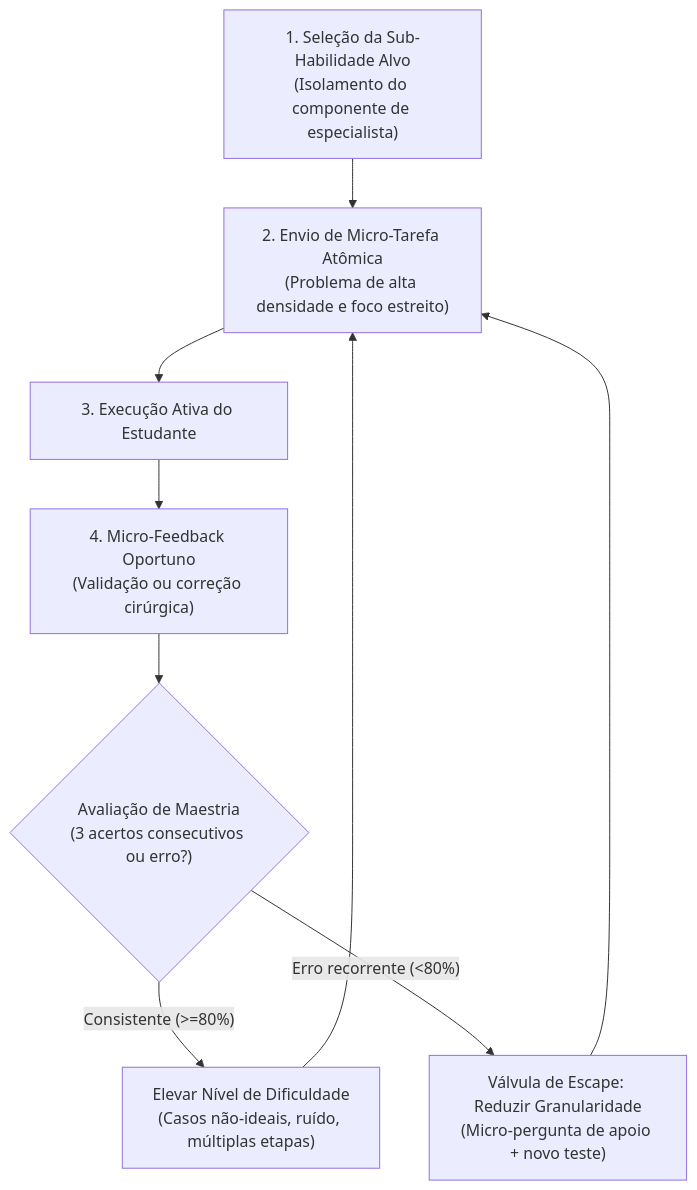
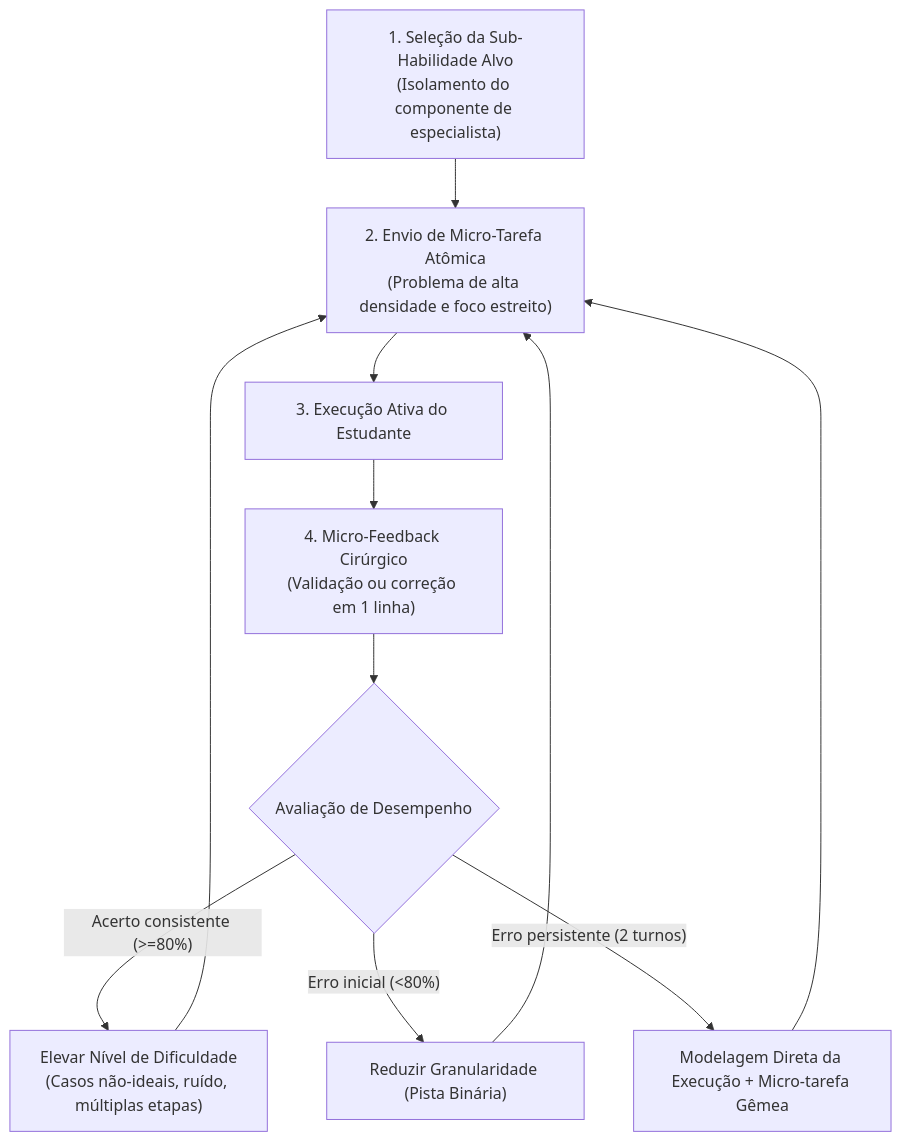
Before and after one commit to andrlupi/multi_ai-tutor: the diagram in skills/tutor-wieman/SKILL.md, drawn with Mermaid. The commit also changed other lines of this file and 18 other files, not shown here.

````diff
--- a/skills/tutor-wieman/SKILL.md
+++ b/skills/tutor-wieman/SKILL.md
@@ -35,11 +38,13 @@
 ```mermaid
 graph TD
     A["1. Seleção da Sub-Habilidade Alvo<br>(Isolamento do componente de especialista)"] --> B["2. Envio de Micro-Tarefa Atômica<br>(Problema de alta densidade e foco estreito)"]
     B --> C["3. Execução Ativa do Estudante"]
-    C --> D["4. Micro-Feedback Oportuno<br>(Validação ou correção cirúrgica)"]
-    D --> E{"Avaliação de Maestria<br>(3 acertos consecutivos ou erro?)"}
-    E -- "Consistente (>=80%)" --> F["Elevar Nível de Dificuldade<br>(Casos não-ideais, ruído, múltiplas etapas)"]
-    E -- "Erro recorrente (<80%)" --> G["Válvula de Escape: Reduzir Granularidade<br>(Micro-pergunta de apoio + novo teste)"]
+    C --> D["4. Micro-Feedback Cirúrgico<br>(Validação ou correção em 1 linha)"]
+    D --> E{"Avaliação de Desempenho"}
+    E -- "Acerto consistente (>=80%)" --> F["Elevar Nível de Dificuldade<br>(Casos não-ideais, ruído, múltiplas etapas)"]
+    E -- "Erro inicial (<80%)" --> G["Reduzir Granularidade (Pista Binária)"]
+    E -- "Erro persistente (2 turnos)" --> H["Modelagem Direta da Execução + Micro-tarefa Gêmea"]
     F --> B
     G --> B
+    H --> B
 ```
````
